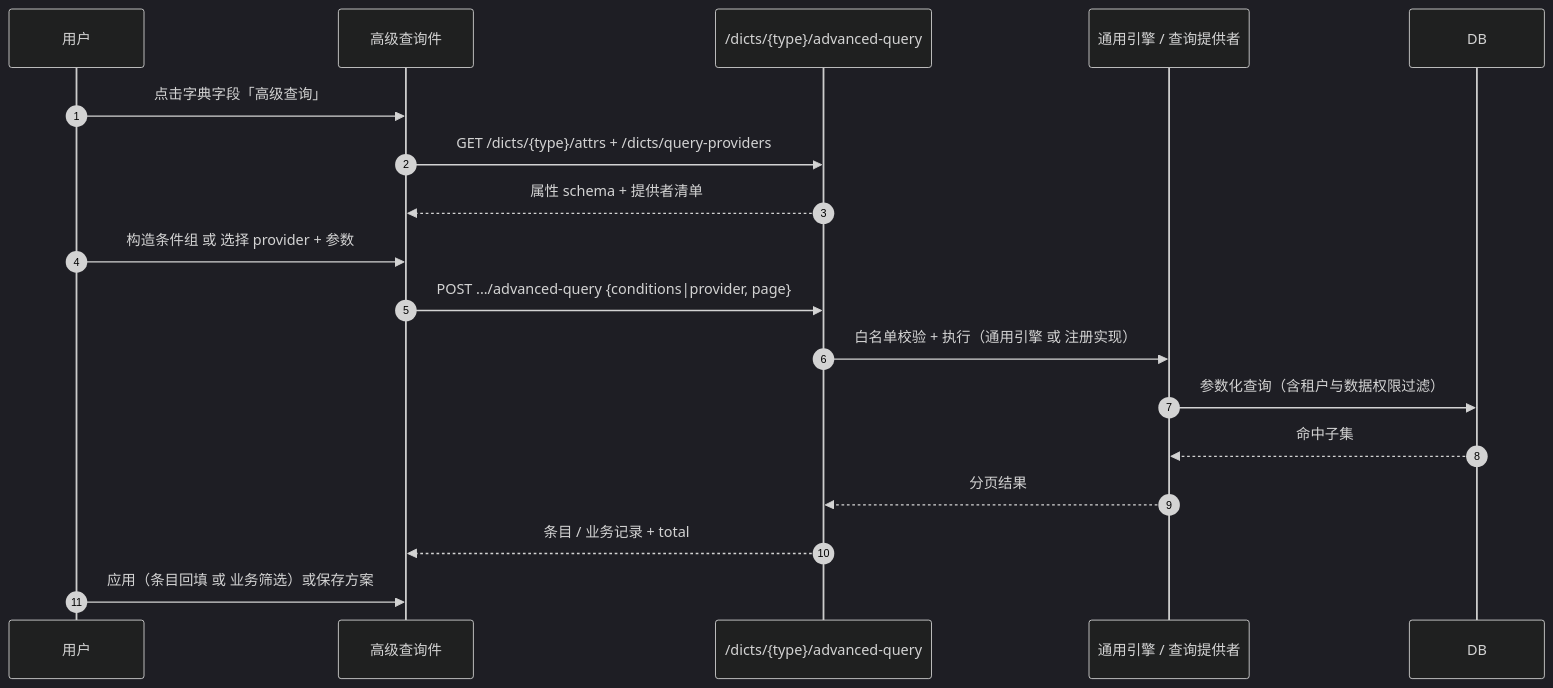
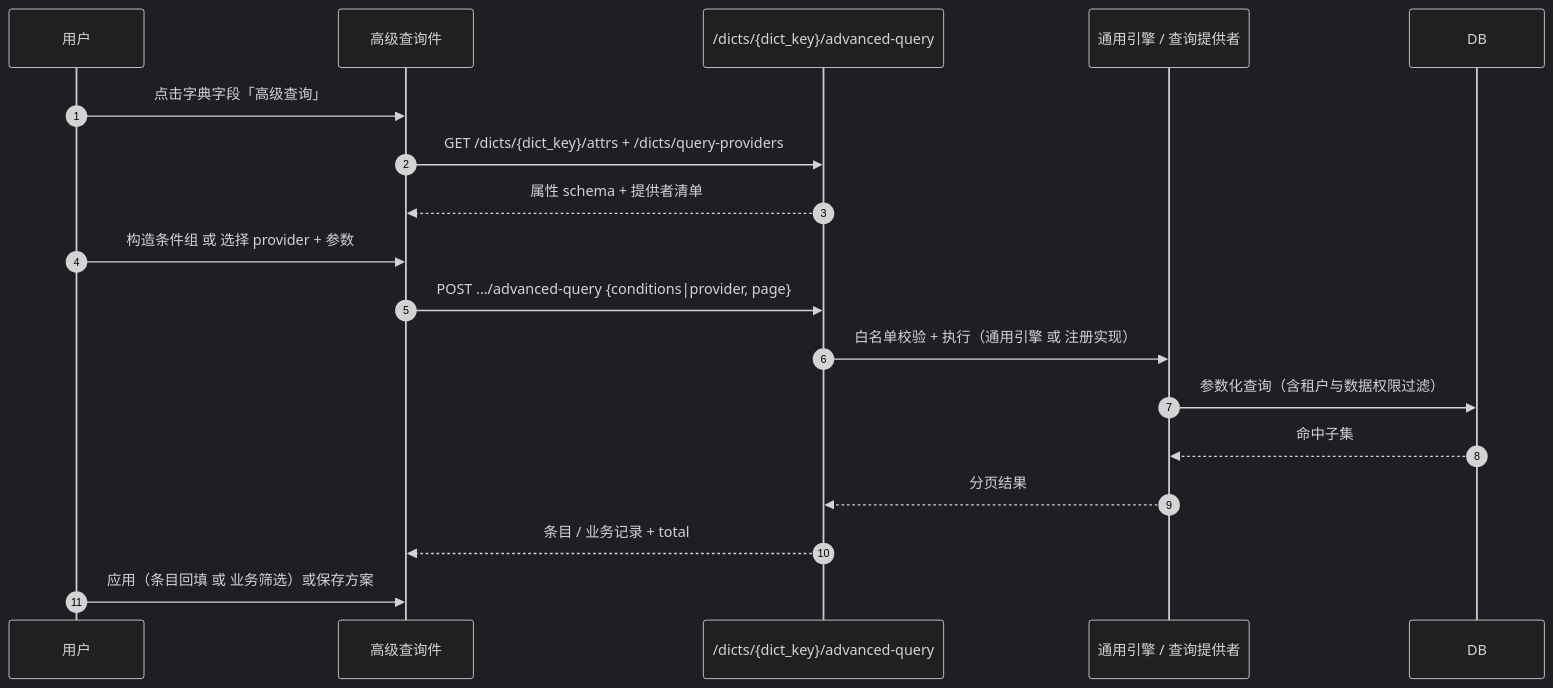
Before and after one commit to minjian123/basic-management-system: the third of 3 diagrams in bms文档/设计/组件设计/06_字段类/01_组件设计_字典字段/01_组件设计_字典字段.md, drawn with Mermaid (dark theme). The commit also changed other lines of this file and 3 other files, not shown here.

````diff
--- a/bms文档/设计/组件设计/06_字段类/01_组件设计_字典字段/01_组件设计_字典字段.md
+++ b/bms文档/设计/组件设计/06_字段类/01_组件设计_字典字段/01_组件设计_字典字段.md
@@ -295,21 +284,21 @@
 ```mermaid
 sequenceDiagram
     autonumber
     participant 用户
     participant 面板 as 高级查询件
-    participant 后端 as /dicts/{type}/advanced-query
+    participant 后端 as /dicts/{dict_key}/advanced-query
     participant 引擎 as 通用引擎 / 查询提供者
     participant DB
 
     用户->>面板: 点击字典字段「高级查询」
-    面板->>后端: GET /dicts/{type}/attrs + /dicts/query-providers
+    面板->>后端: GET /dicts/{dict_key}/attrs + /dicts/query-providers
     后端-->>面板: 属性 schema + 提供者清单
     用户->>面板: 构造条件组 或 选择 provider + 参数
     面板->>后端: POST .../advanced-query {conditions|provider, page}
     后端->>引擎: 白名单校验 + 执行（通用引擎 或 注册实现）
     引擎->>DB: 参数化查询（含租户与数据权限过滤）
     DB-->>引擎: 命中子集
     引擎-->>后端: 分页结果
     后端-->>面板: 条目 / 业务记录 + total
     用户->>面板: 应用（条目回填 或 业务筛选）或保存方案
 ```
````
